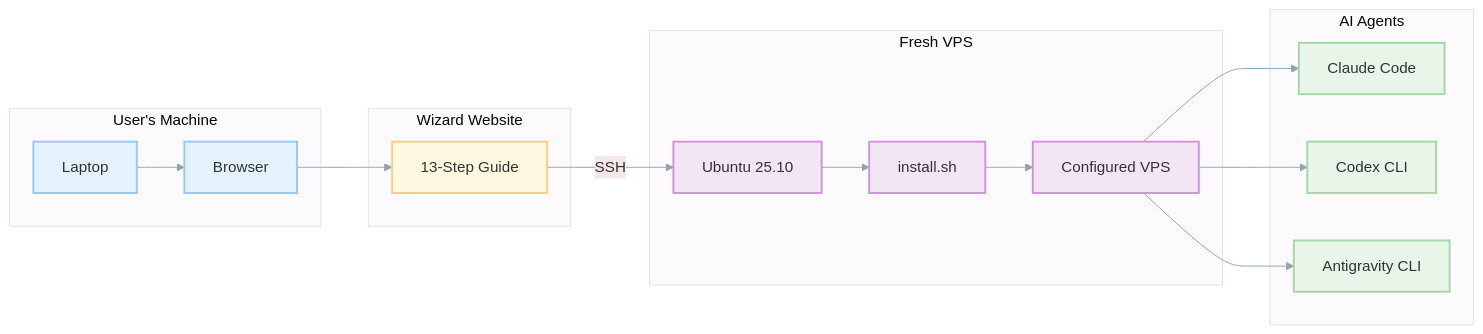
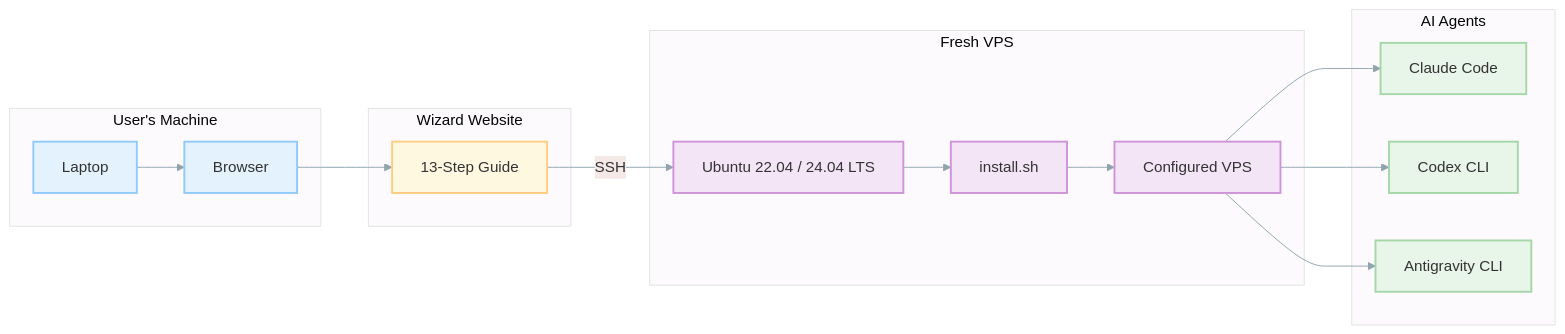
The first of 3 diagrams in README.md (Dicklesworthstone/agentic_coding_flywheel_setup), drawn with Mermaid before and after one commit. The commit also changed other lines of this file and 5 other files, not shown here.

````diff
--- a/README.md
+++ b/README.md
@@ -85,44 +85,44 @@
 ```mermaid
 graph LR
     %%{init: {'theme': 'base', 'themeVariables': { 'primaryColor': '#e8f5e9', 'lineColor': '#90a4ae'}}}%%
 
     subgraph user ["User's Machine"]
         LAPTOP["Laptop"]
         BROWSER["Browser"]
     end
 
     subgraph wizard ["Wizard Website"]
         STEPS["13-Step Guide"]
     end
 
     subgraph vps ["Fresh VPS"]
-        UBUNTU["Ubuntu 25.10"]
+        UBUNTU["Ubuntu 22.04 / 24.04 LTS"]
         INSTALLER["install.sh"]
         CONFIGURED["Configured VPS"]
     end
 
     subgraph agents ["AI Agents"]
         CLAUDE["Claude Code"]
         CODEX["Codex CLI"]
         AGY["Antigravity CLI"]
     end
 
     LAPTOP --> BROWSER
     BROWSER --> STEPS
     STEPS -->|SSH| UBUNTU
     UBUNTU --> INSTALLER
     INSTALLER --> CONFIGURED
     CONFIGURED --> CLAUDE
     CONFIGURED --> CODEX
     CONFIGURED --> AGY
 
     classDef user fill:#e3f2fd,stroke:#90caf9,stroke-width:2px
     classDef wizard fill:#fff8e1,stroke:#ffcc80,stroke-width:2px
     classDef vps fill:#f3e5f5,stroke:#ce93d8,stroke-width:2px
     classDef agent fill:#e8f5e9,stroke:#a5d6a7,stroke-width:2px
 
     class LAPTOP,BROWSER user
     class STEPS wizard
     class UBUNTU,INSTALLER,CONFIGURED vps
     class CLAUDE,CODEX,AGY agent
 ```
````
